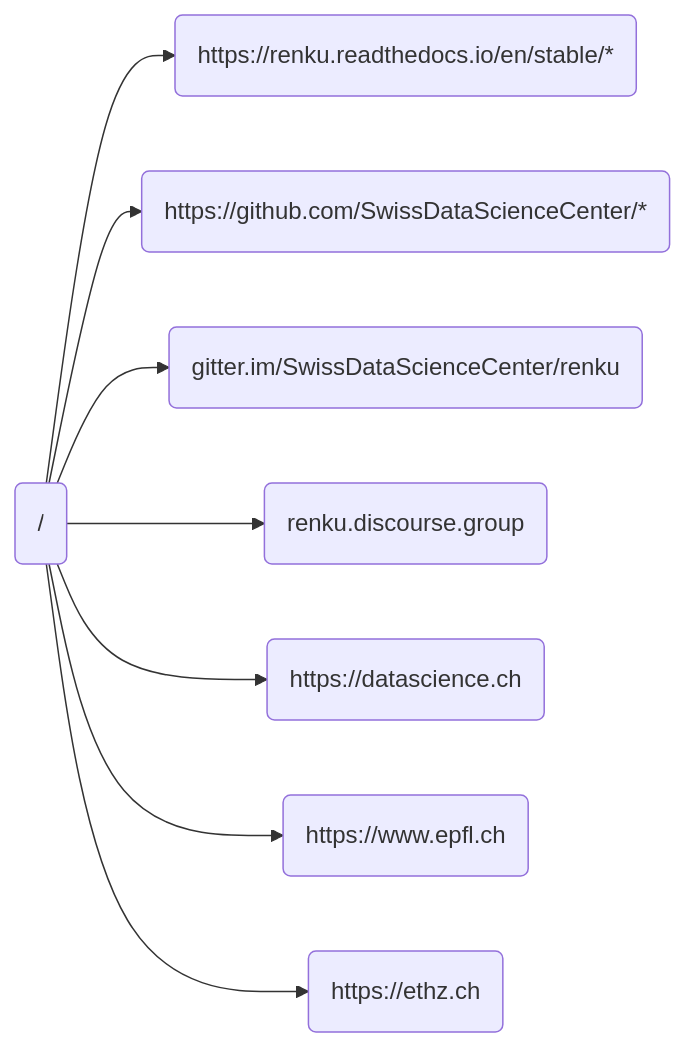
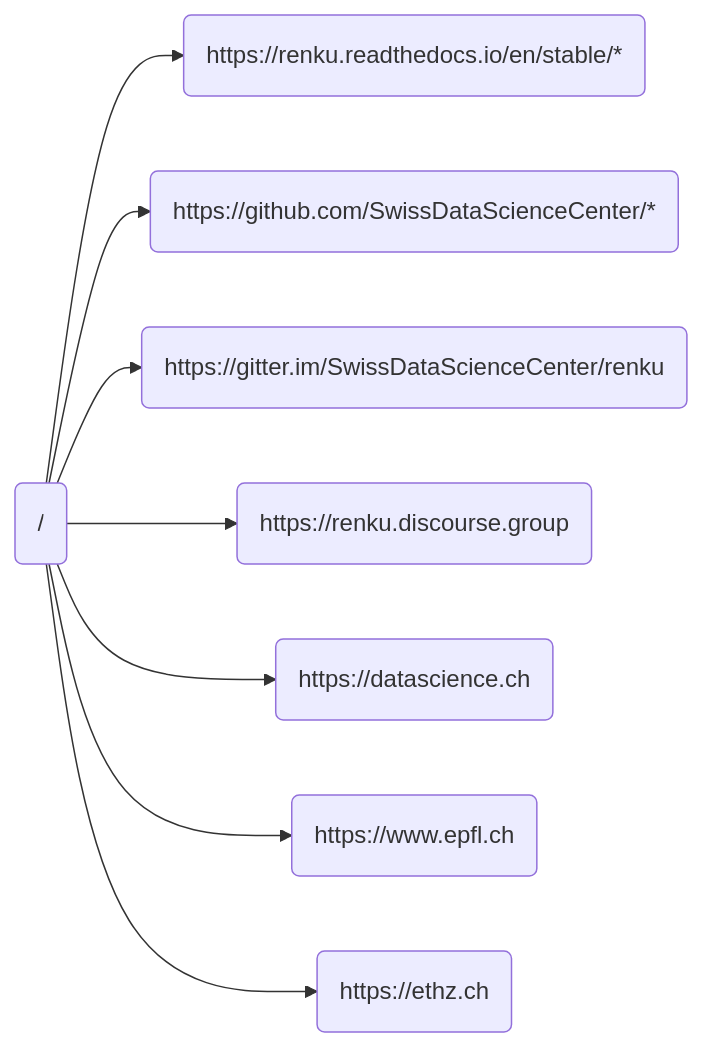
One commit to SwissDataScienceCenter/renku-ui changed the second of 2 diagrams in README.md. Above: the diagram before and after it, drawn with Mermaid.

````diff
--- a/README.md
+++ b/README.md
@@ -272,10 +272,10 @@
 ```mermaid
 flowchart LR
     A(/)-->B(https://renku.readthedocs.io/en/stable/*)
     A-->C(https://github.com/SwissDataScienceCenter/*)
-    A-->G(gitter.im/SwissDataScienceCenter/renku)
-    A-->H(renku.discourse.group)
+    A-->G(https://gitter.im/SwissDataScienceCenter/renku)
+    A-->H(https://renku.discourse.group)
     A-->D(https://datascience.ch)
     A-->E(https://www.epfl.ch)
     A-->F(https://ethz.ch)
 ```
````
